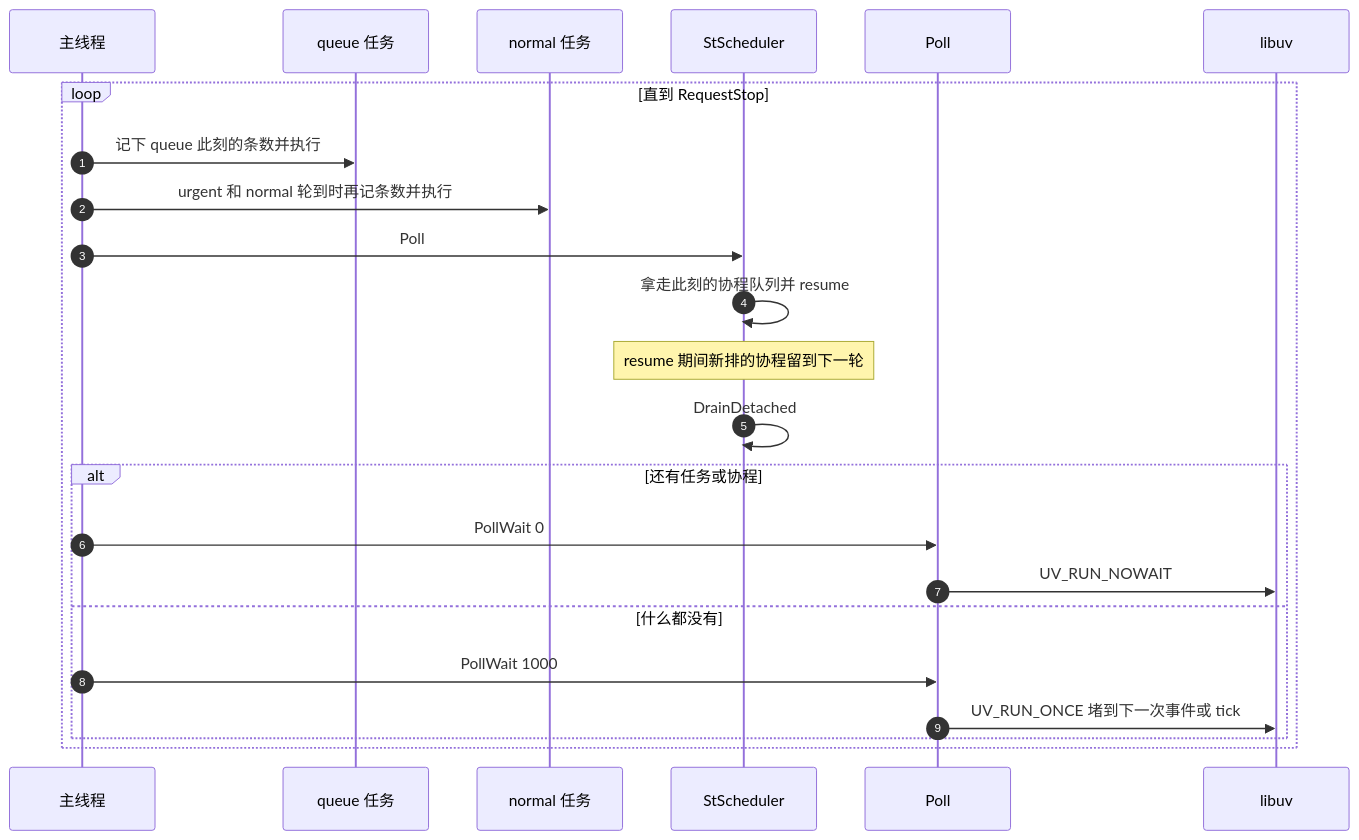
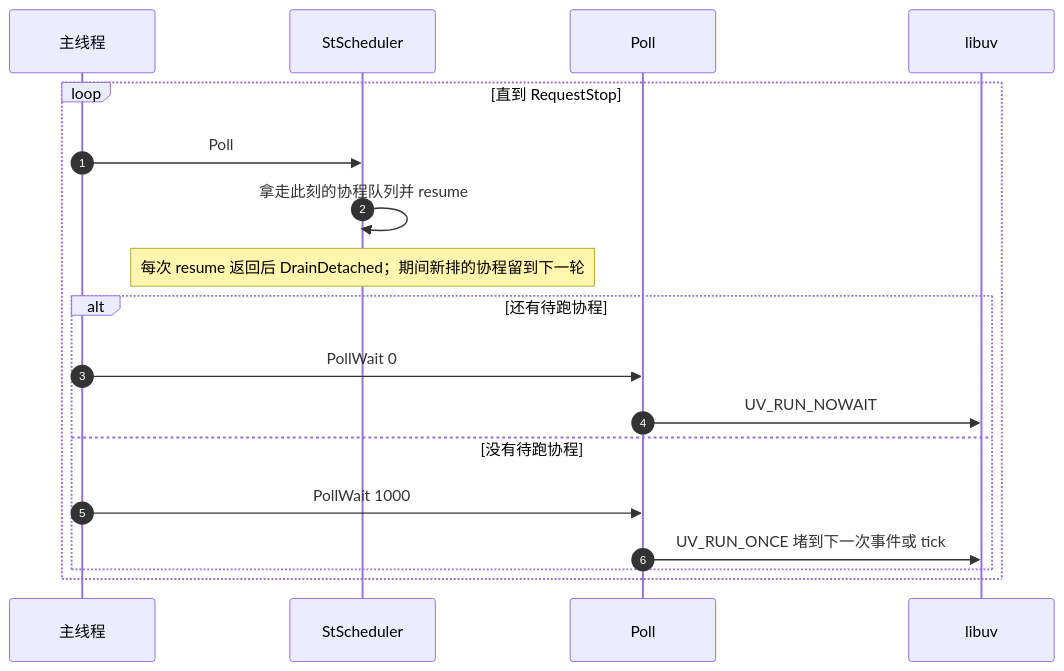
The diagram in docs/sequence-diagram/single-thread/loop.md (orikiaru/openidea), drawn with Mermaid before and after one commit. The commit also changed other lines of this file and 23 other files, not shown here.

````diff
--- a/docs/sequence-diagram/single-thread/loop.md
+++ b/docs/sequence-diagram/single-thread/loop.md
@@ -9,26 +7,21 @@
 ```mermaid
 sequenceDiagram
     autonumber
     participant Main as 主线程
-    participant Queue as queue 任务
-    participant Task as normal 任务
     participant St as StScheduler
     participant Poll as Poll
     participant Uv as libuv
 
     loop 直到 RequestStop
-        Main->>Queue: 记下 queue 此刻的条数并执行
-        Main->>Task: urgent 和 normal 轮到时再记条数并执行
         Main->>St: Poll
         St->>St: 拿走此刻的协程队列并 resume
-        Note over St: resume 期间新排的协程留到下一轮
-        St->>St: DrainDetached
-        alt 还有任务或协程
+        Note over St: 每次 resume 返回后 DrainDetached；期间新排的协程留到下一轮
+        alt 还有待跑协程
             Main->>Poll: PollWait 0
             Poll->>Uv: UV_RUN_NOWAIT
-        else 什么都没有
+        else 没有待跑协程
             Main->>Poll: PollWait 1000
             Poll->>Uv: UV_RUN_ONCE 堵到下一次事件或 tick
         end
     end
 ```
````
